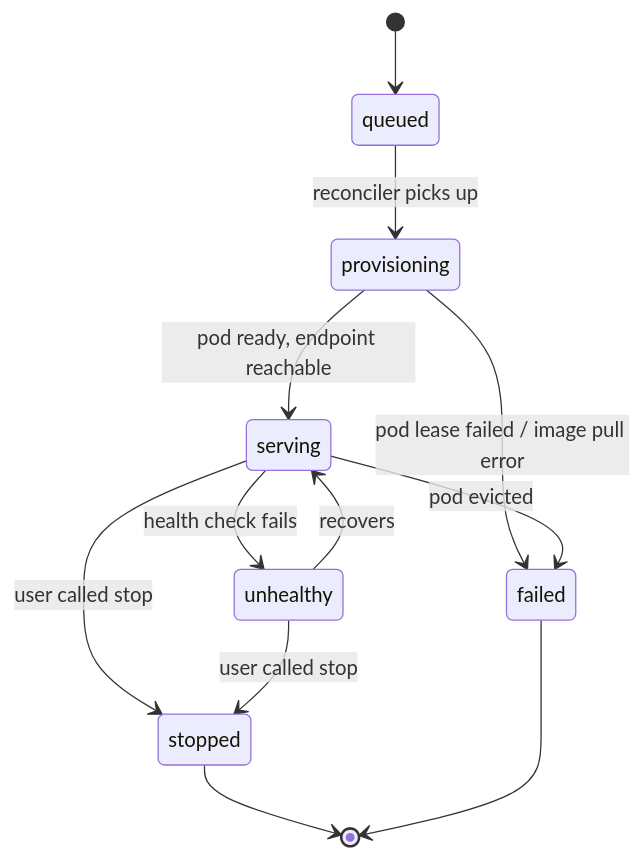
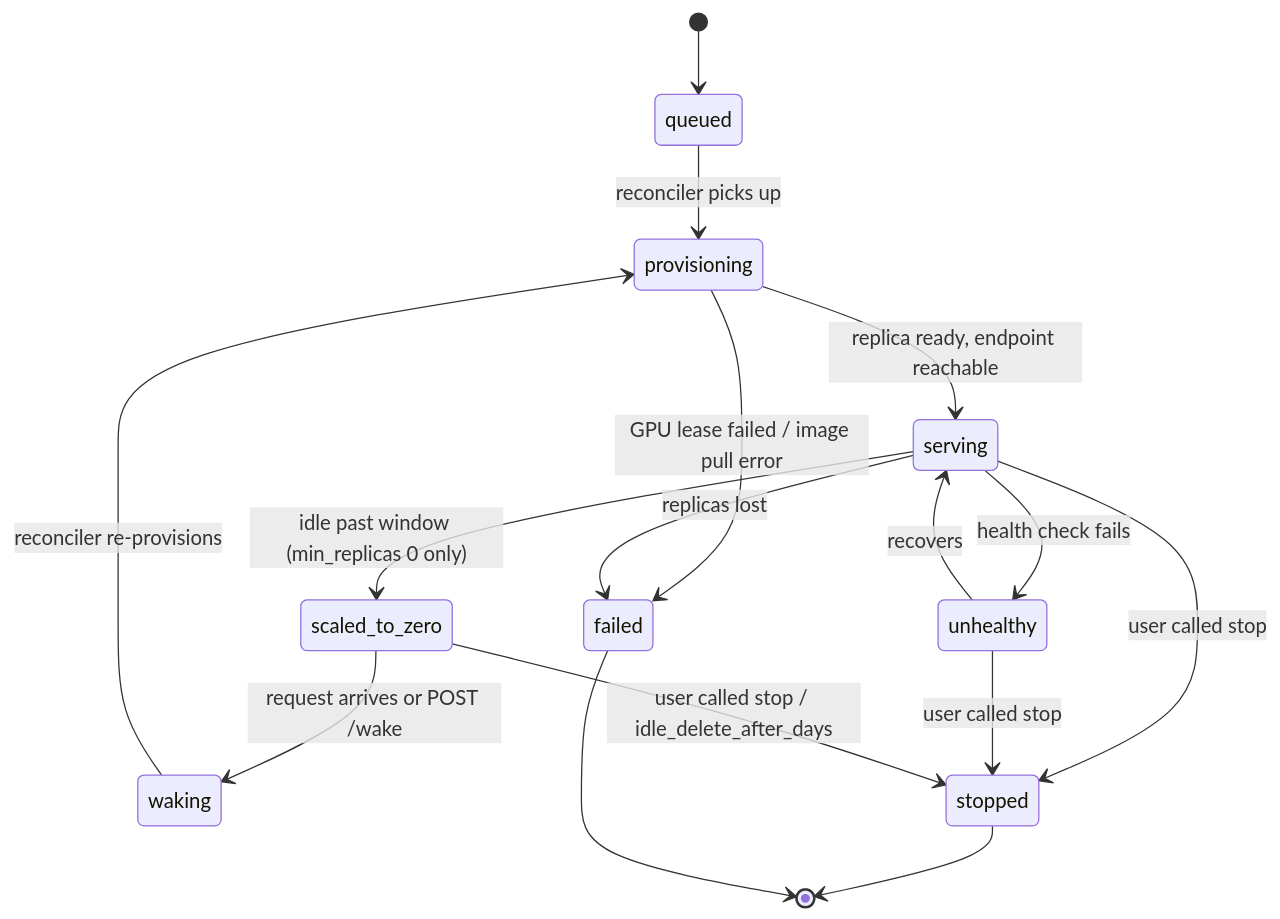
The diagram in deployments.mdx (DannyMang/documentation), drawn with Mermaid before and after one commit. The commit also changed other lines of this file and 3 other files, not shown here.

First line of the commit message:
Document replica scaling, autoscaling, and scale to zero

````diff
--- a/deployments.mdx
+++ b/deployments.mdx
@@ -49,14 +52,18 @@
 ```mermaid
 stateDiagram-v2
     [*] --> queued
     queued --> provisioning : reconciler picks up
-    provisioning --> serving : pod ready, endpoint reachable
-    provisioning --> failed : pod lease failed / image pull error
+    provisioning --> serving : replica ready, endpoint reachable
+    provisioning --> failed : GPU lease failed / image pull error
     serving --> unhealthy : health check fails
     unhealthy --> serving : recovers
+    serving --> scaled_to_zero : idle past window (min_replicas 0 only)
+    scaled_to_zero --> waking : request arrives or POST /wake
+    waking --> provisioning : reconciler re-provisions
     serving --> stopped : user called stop
     unhealthy --> stopped : user called stop
-    serving --> failed : pod evicted
+    scaled_to_zero --> stopped : user called stop / idle_delete_after_days
+    serving --> failed : replicas lost
     stopped --> [*]
     failed --> [*]
 ```
````
